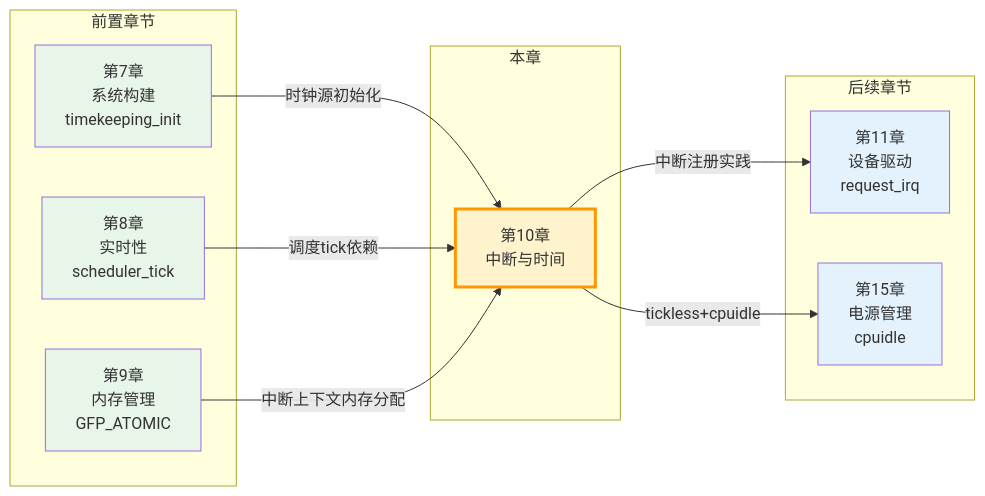
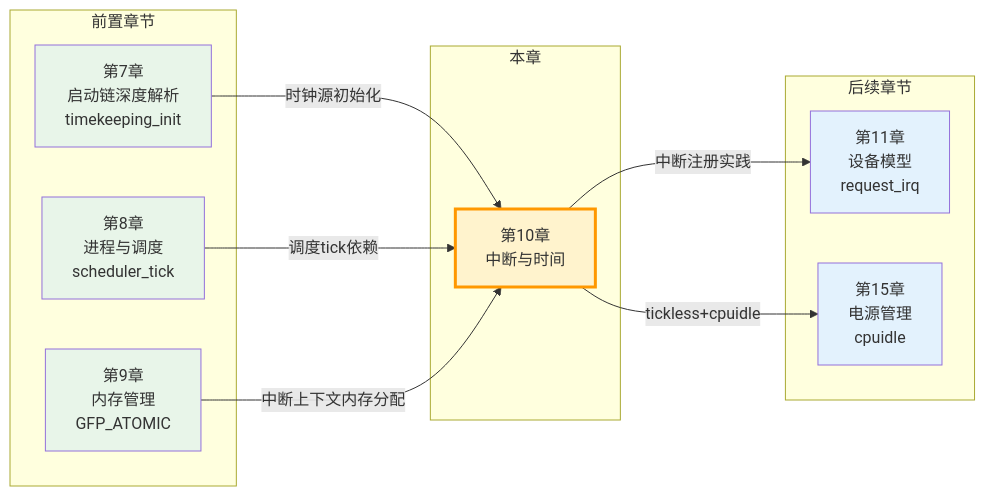
The second of 2 diagrams in docs/02-核心机制深度解析/第10章 中断与时间/10.99_知识图谱与查漏补缺.md (xiaohong0925/Embedded_Knowledge_System_V2026), drawn with Mermaid before and after one commit. The commit also changed other lines of this file and 65 other files, not shown here.

````diff
--- a/docs/02-核心机制深度解析/第10章 中断与时间/10.99_知识图谱与查漏补缺.md
+++ b/docs/02-核心机制深度解析/第10章 中断与时间/10.99_知识图谱与查漏补缺.md
@@ -343,30 +337,30 @@
 ```mermaid
 flowchart LR
     subgraph PREV["前置章节"]
-        CH7["第7章<br/>系统构建<br/>timekeeping_init"]
-        CH8["第8章<br/>实时性<br/>scheduler_tick"]
+        CH7["第7章<br/>启动链深度解析<br/>timekeeping_init"]
+        CH8["第8章<br/>进程与调度<br/>scheduler_tick"]
         CH9["第9章<br/>内存管理<br/>GFP_ATOMIC"]
     end
 
     subgraph CURR["本章"]
         C10["第10章<br/>中断与时间"]
     end
 
     subgraph NEXT["后续章节"]
-        CH11["第11章<br/>设备驱动<br/>request_irq"]
+        CH11["第11章<br/>设备模型<br/>request_irq"]
         CH15["第15章<br/>电源管理<br/>cpuidle"]
     end
 
     CH7 -->|"时钟源初始化"| C10
     CH8 -->|"调度tick依赖"| C10
     CH9 -->|"中断上下文内存分配"| C10
     C10 -->|"中断注册实践"| CH11
     C10 -->|"tickless+cpuidle"| CH15
 
     style C10 fill:#fff3cd,stroke:#ff9800,stroke-width:3px
     style CH7 fill:#e8f5e9
     style CH8 fill:#e8f5e9
     style CH9 fill:#e8f5e9
     style CH11 fill:#e3f2fd
     style CH15 fill:#e3f2fd
 ```
````
